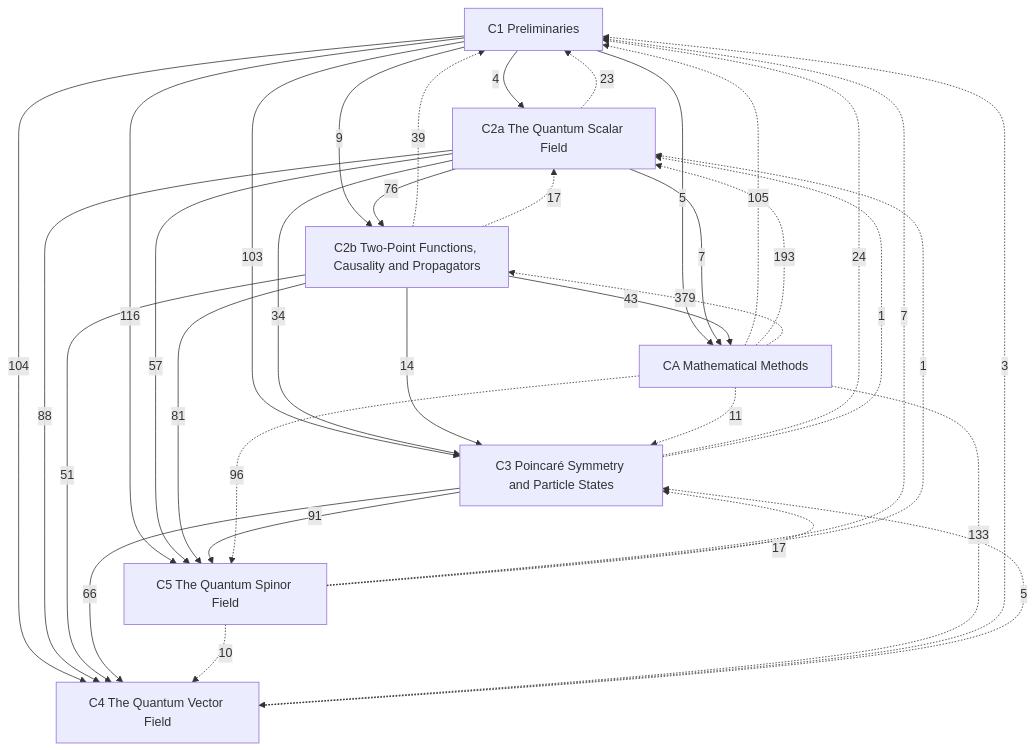
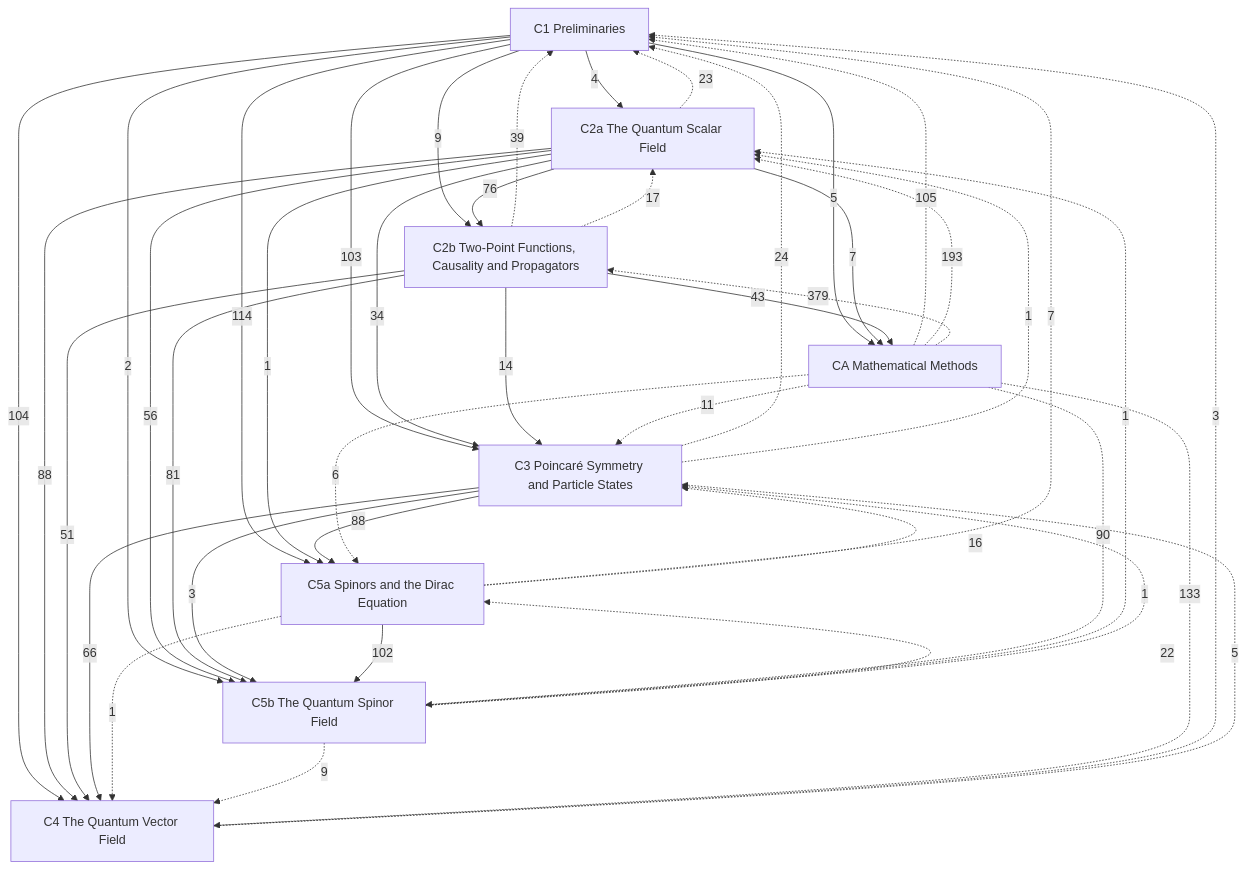
One commit to Onion20040508/notes changed the diagram in Physics/Quantum Field Theory/Quantum Field Theory.md. Above: the diagram before and after it, drawn with Mermaid. The commit also changed other lines of this file and 84 other files, not shown here.

````diff
--- a/Physics/Quantum Field Theory/Quantum Field Theory.md
+++ b/Physics/Quantum Field Theory/Quantum Field Theory.md
@@ -26,44 +27,53 @@
 ```mermaid
 graph TD
   C1["C1 Preliminaries"]
   C2a["C2a The Quantum Scalar Field"]
   C2b["C2b Two-Point Functions, Causality and Propagators"]
   C3["C3 Poincaré Symmetry and Particle States"]
   C4["C4 The Quantum Vector Field"]
-  C5["C5 The Quantum Spinor Field"]
+  C5a["C5a Spinors and the Dirac Equation"]
+  C5b["C5b The Quantum Spinor Field"]
   CA["CA Mathematical Methods"]
   C1 -->|4| C2a
   C1 -->|9| C2b
   C2a -->|76| C2b
   C1 -->|103| C3
   C2a -->|34| C3
   C2b -->|14| C3
   C1 -->|104| C4
   C2a -->|88| C4
   C2b -->|51| C4
   C3 -->|66| C4
-  C1 -->|116| C5
-  C2a -->|57| C5
-  C2b -->|81| C5
-  C3 -->|91| C5
+  C1 -->|114| C5a
+  C2a -->|1| C5a
+  C3 -->|88| C5a
+  C1 -->|2| C5b
+  C2a -->|56| C5b
+  C2b -->|81| C5b
+  C3 -->|3| C5b
+  C5a -->|102| C5b
   C1 -->|5| CA
   C2a -->|7| CA
   C2b -->|43| CA
   C2a -.->|23| C1
   C2b -.->|39| C1
   C3 -.->|24| C1
   C4 -.->|3| C1
-  C5 -.->|7| C1
+  C5a -.->|7| C1
   CA -.->|105| C1
   C2b -.->|17| C2a
   C3 -.->|1| C2a
-  C5 -.->|1| C2a
+  C5b -.->|1| C2a
   CA -.->|193| C2a
   CA -.->|379| C2b
   C4 -.->|5| C3
-  C5 -.->|17| C3
+  C5a -.->|16| C3
+  C5b -.->|1| C3
   CA -.->|11| C3
-  C5 -.->|10| C4
+  C5a -.->|1| C4
+  C5b -.->|9| C4
   CA -.->|133| C4
-  CA -.->|96| C5
+  C5b -.->|22| C5a
+  CA -.->|6| C5a
+  CA -.->|90| C5b
 ```
````
